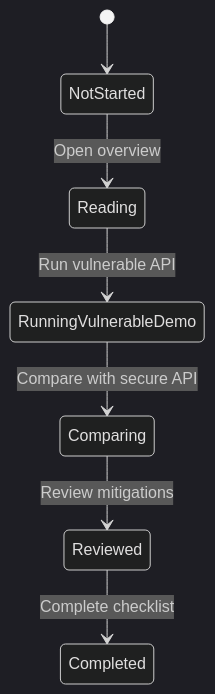
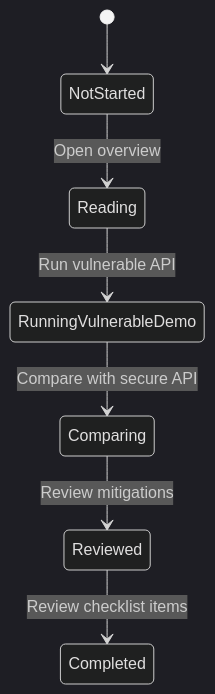
Before and after one commit to kiryu1211/api-security-lab-platform: the diagram in docs/requirements.en.md, drawn with Mermaid (dark theme). The commit also changed other lines of this file and 10 other files, not shown here.

````diff
--- a/docs/requirements.en.md
+++ b/docs/requirements.en.md
@@ -40,9 +48,9 @@
 ```mermaid
 stateDiagram-v2
     [*] --> NotStarted
     NotStarted --> Reading: Open overview
     Reading --> RunningVulnerableDemo: Run vulnerable API
     RunningVulnerableDemo --> Comparing: Compare with secure API
     Comparing --> Reviewed: Review mitigations
-    Reviewed --> Completed: Complete checklist
+    Reviewed --> Completed: Review checklist items
 ```
````
